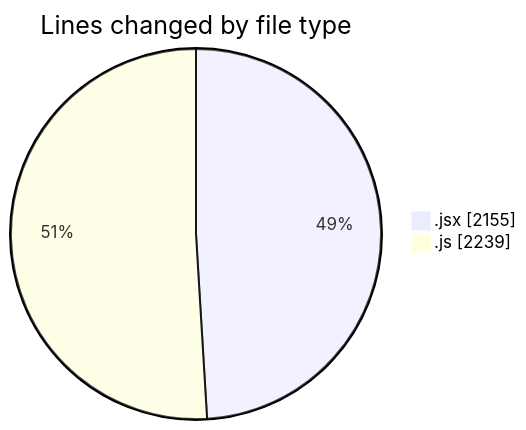
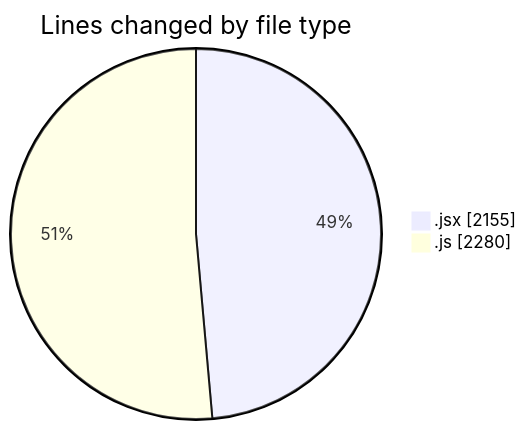
Before and after one commit to nxtqubesakshisongat/code-tracking: the first of 2 diagrams in 2025-07-30/nxtqube_webapp/README.md, drawn with Mermaid. The commit also changed other lines of this file and 1 other file, not shown here.

````diff
--- a/2025-07-30/nxtqube_webapp/README.md
+++ b/2025-07-30/nxtqube_webapp/README.md
@@ -27,6 +27,6 @@
 ```mermaid
 pie showData
 title Lines changed by file type
 ".jsx" : 2155
-".js" : 2239
+".js" : 2280
 ```
````
